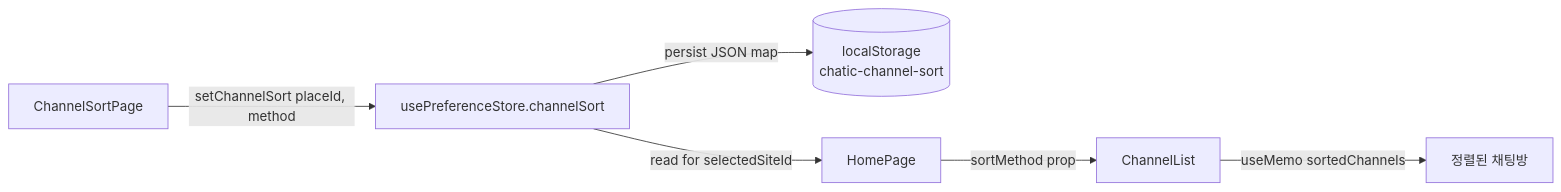
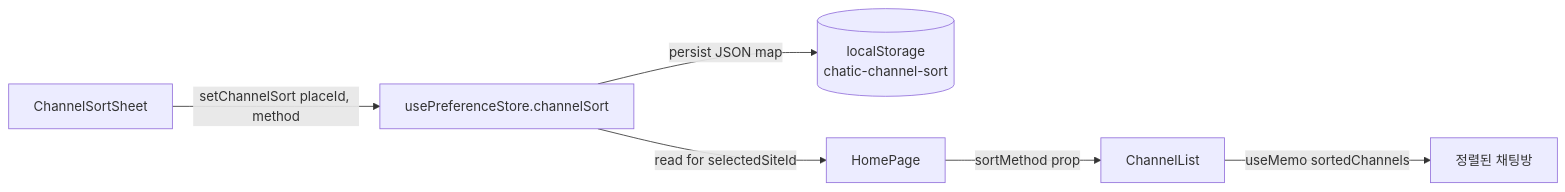
Before and after one commit to lemoncloud-io/dou-app: the third of 3 diagrams in apps/web/docs/feature/place/place-settings.md, drawn with Mermaid. The commit also changed other lines of this file and 30 other files, not shown here.

````diff
--- a/apps/web/docs/feature/place/place-settings.md
+++ b/apps/web/docs/feature/place/place-settings.md
@@ -62,8 +92,8 @@
 ```mermaid
 flowchart LR
-    SortPage[ChannelSortPage] -->|setChannelSort placeId, method| Store[usePreferenceStore.channelSort]
+    Sheet[ChannelSortSheet] -->|setChannelSort placeId, method| Store[usePreferenceStore.channelSort]
     Store -->|persist JSON map| LS[(localStorage<br/>chatic-channel-sort)]
     Store -->|read for selectedSiteId| HomePage
     HomePage -->|sortMethod prop| ChannelList
     ChannelList -->|useMemo sortedChannels| List[정렬된 채팅방]
 ```
````
